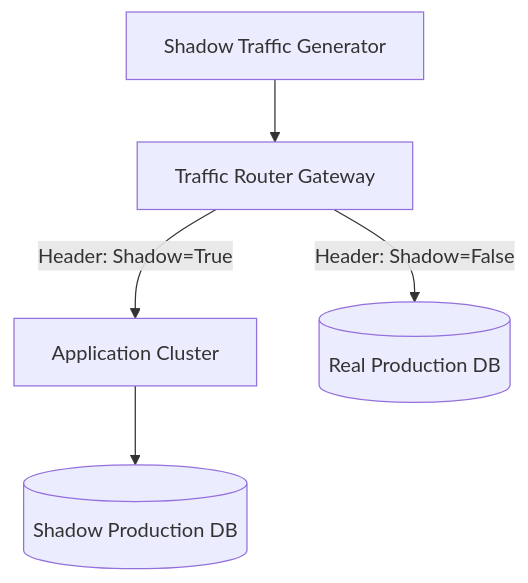
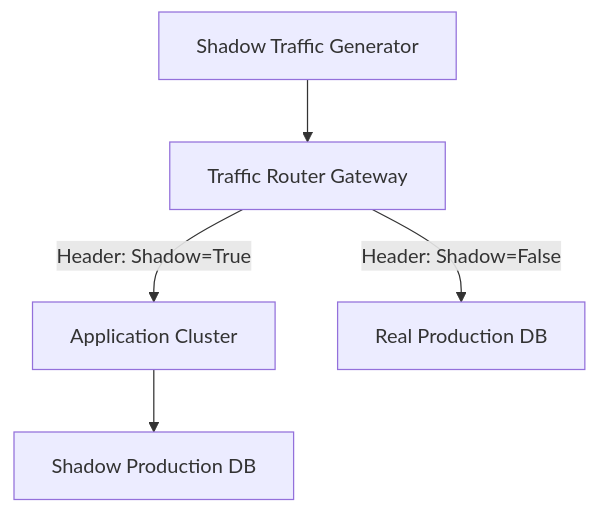
The second of 2 diagrams in content/series/alipay-double-11/phase-3-operations.md (vesviet/vesviet), drawn with Mermaid before and after one commit. The commit also changed other lines of this file and 11 other files, not shown here.

Commit message:
feat(alipay-double-11): upgrade 2027 SOTA series with 100-round deep research, diagrams, and benchmarks

````diff
--- a/content/series/alipay-double-11/phase-3-operations.md
+++ b/content/series/alipay-double-11/phase-3-operations.md
@@ -52,7 +59,7 @@
 ```mermaid
 graph TD
     Gen["Shadow Traffic Generator"] --> Router["Traffic Router Gateway"]
     Router -->|"Header: Shadow=True"| App["Application Cluster"]
-    App --> ShadowDB[("Shadow Production DB")]
-    Router -->|"Header: Shadow=False"| RealDB[("Real Production DB")]
+    App --> ShadowDB["Shadow Production DB"]
+    Router -->|"Header: Shadow=False"| RealDB["Real Production DB"]
 ```
````
